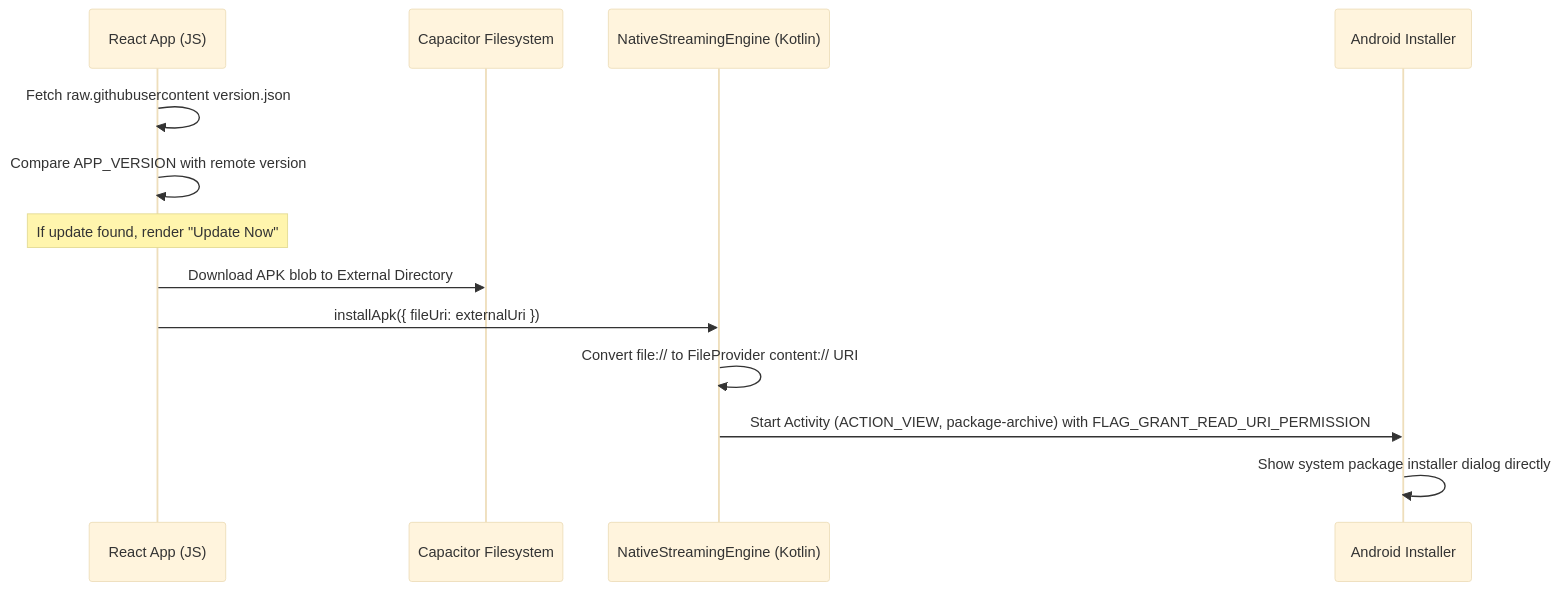
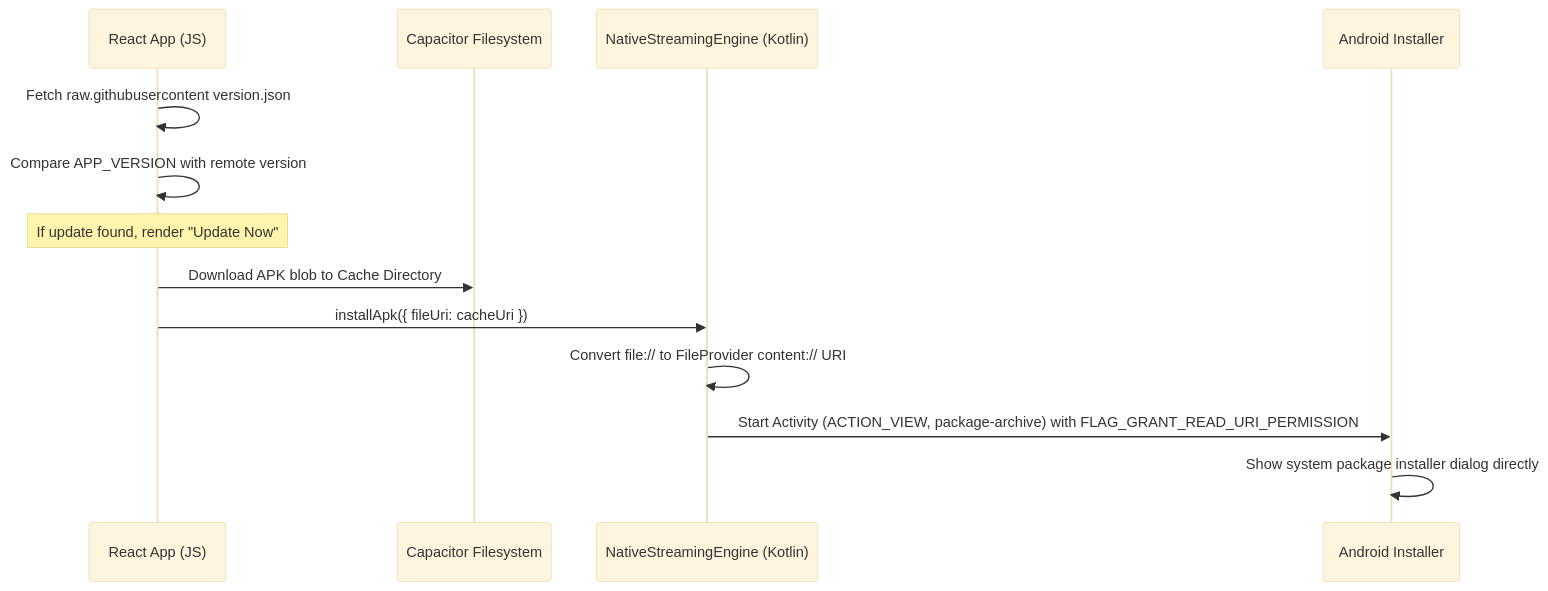
Before and after one commit to Extroos/MovieTester123: the diagram in updater.md, drawn with Mermaid (base theme). The commit also changed other lines of this file, not shown here.

Commit message:
docs: update updater.md release guide with new path architecture

````diff
--- a/updater.md
+++ b/updater.md
@@ -7,16 +7,16 @@
 ```mermaid
 sequenceDiagram
     participant JS as React App (JS)
     participant FS as Capacitor Filesystem
     participant NE as NativeStreamingEngine (Kotlin)
     participant OS as Android Installer
     
     JS->>JS: Fetch raw.githubusercontent version.json
     JS->>JS: Compare APP_VERSION with remote version
     Note over JS: If update found, render "Update Now"
-    JS->>FS: Download APK blob to External Directory
-    JS->>NE: installApk({ fileUri: externalUri })
+    JS->>FS: Download APK blob to Cache Directory
+    JS->>NE: installApk({ fileUri: cacheUri })
     NE->>NE: Convert file:// to FileProvider content:// URI
     NE->>OS: Start Activity (ACTION_VIEW, package-archive) with FLAG_GRANT_READ_URI_PERMISSION
     OS->>OS: Show system package installer dialog directly
 ```
````
